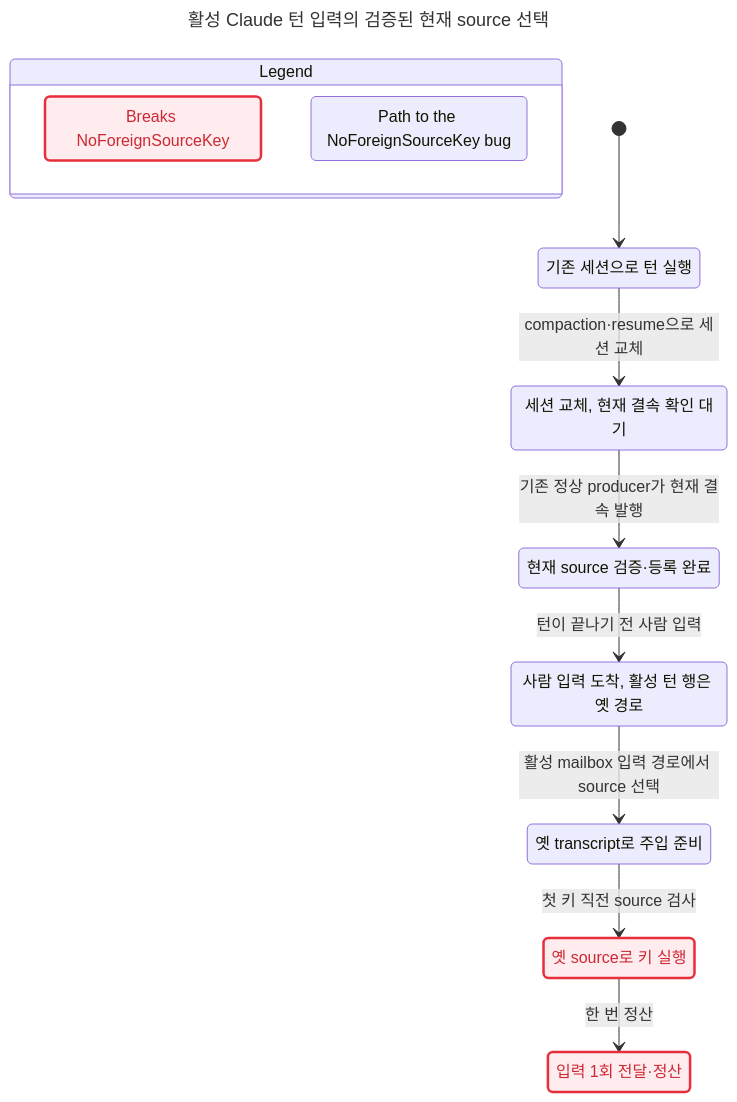
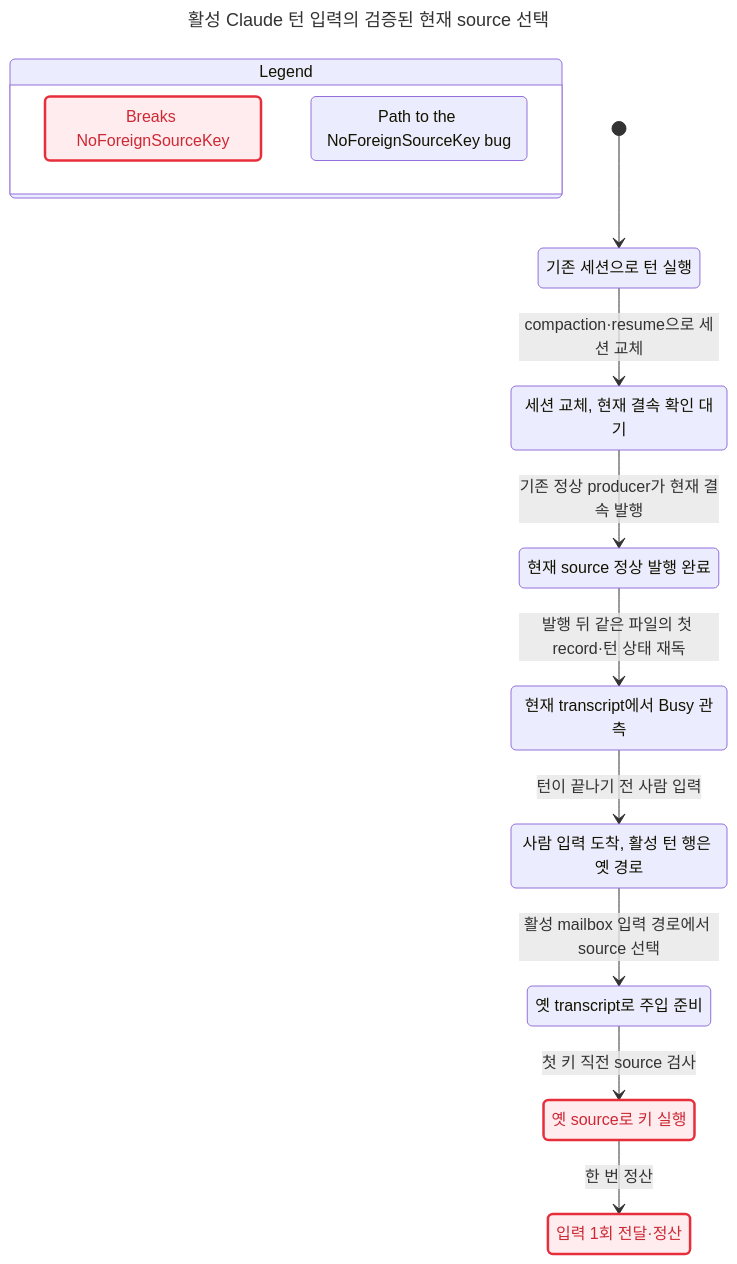
One commit to itismyfield/AgentDesk changed the diagram in docs/statecharts/input-single-path/herdr-busy-active-source.old-before.chart.mmd. Above: the diagram before and after it, drawn with Mermaid. The commit also changed 6 other files, not shown here.

Commit message:
docs: model busy source proof from opened transcript evidence

```diff
--- a/docs/statecharts/input-single-path/herdr-busy-active-source.old-before.chart.mmd
+++ b/docs/statecharts/input-single-path/herdr-busy-active-source.old-before.chart.mmd
@@ -1,33 +1,36 @@
 ---
 title: "활성 Claude 턴 입력의 검증된 현재 source 선택"
 ---
 stateDiagram-v2
   state "Legend" as legend {
     lg0: Breaks NoForeignSourceKey
     lg1: Path to the NoForeignSourceKey bug
   }
   class lg0 breaks
   class lg1 bugPath
   s0: 기존 세션으로 턴 실행
   s1: 세션 교체, 현재 결속 확인 대기
-  s2: 현재 source 검증#183;등록 완료
-  s3: 사람 입력 도착, 활성 턴 행은 옛 경로
-  s4: 옛 transcript로 주입 준비
-  s5: 옛 source로 키 실행
-  s6: 입력 1회 전달#183;정산
+  s2: 현재 source 정상 발행 완료
+  s3: 현재 transcript에서 Busy 관측
+  s4: 사람 입력 도착, 활성 턴 행은 옛 경로
+  s5: 옛 transcript로 주입 준비
+  s6: 옛 source로 키 실행
+  s7: 입력 1회 전달#183;정산
   [*] --> s0
   s0 --> s1: compaction#183;resume으로 세션 교체
   s1 --> s2: 기존 정상 producer가 현재 결속 발행
-  s2 --> s3: 턴이 끝나기 전 사람 입력
-  s3 --> s4: 활성 mailbox 입력 경로에서 source 선택
-  s4 --> s5: 첫 키 직전 source 검사
-  s5 --> s6: 한 번 정산
+  s2 --> s3: 발행 뒤 같은 파일의 첫 record#183;턴 상태 재독
+  s3 --> s4: 턴이 끝나기 전 사람 입력
+  s4 --> s5: 활성 mailbox 입력 경로에서 source 선택
+  s5 --> s6: 첫 키 직전 source 검사
+  s6 --> s7: 한 번 정산
   classDef breaks fill:#ffecee,stroke:#e72e3b,stroke-width:2.5px,color:#cd2834
   class s0 bugPath
   class s1 bugPath
   class s2 bugPath
   class s3 bugPath
   class s4 bugPath
-  class s5 breaks
   class s5 bugPath
   class s6 breaks
+  class s6 bugPath
+  class s7 breaks
```
